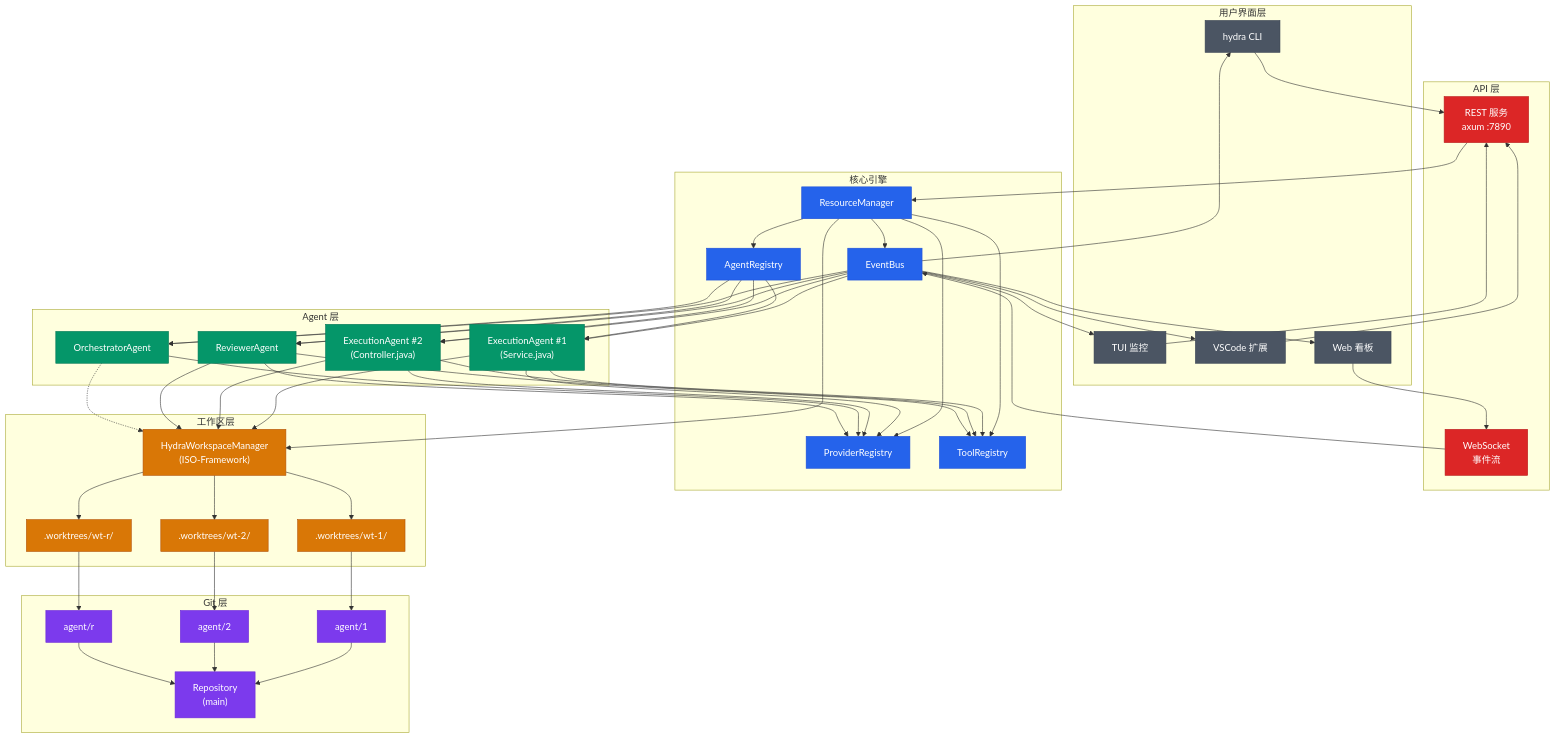
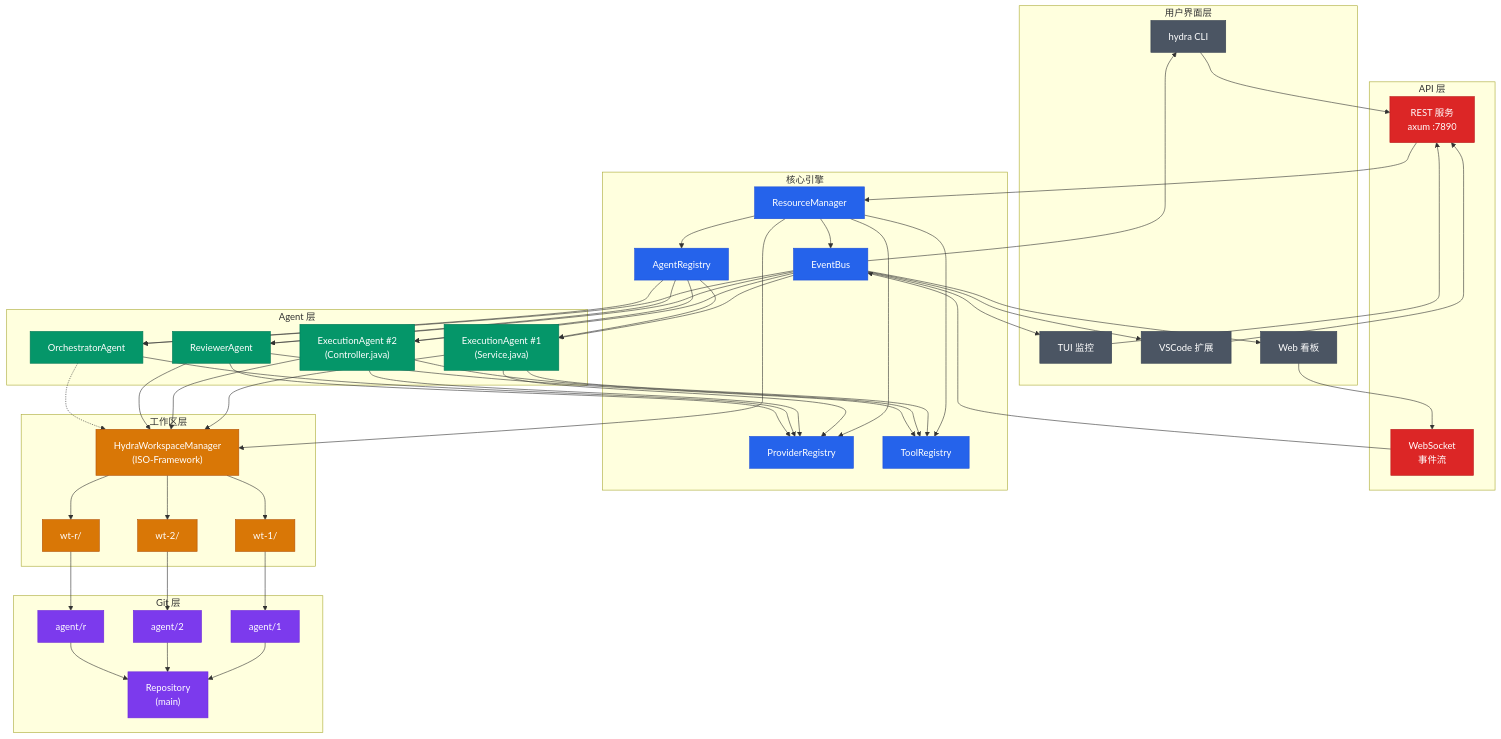
Before and after one commit to lggyx/Hydra: the first of 7 diagrams in docs/architecture/diagrams.zh.md, drawn with Mermaid. The commit also changed 5 other files, not shown here.

First line of the commit message:
docs: fix architecture consistency across all docs

```diff
--- a/docs/architecture/diagrams.zh.md
+++ b/docs/architecture/diagrams.zh.md
@@ -37,9 +37,9 @@
 
     subgraph "工作区层"
         ISO["HydraWorkspaceManager<br/>(ISO-Framework)"]
-        WT1[".worktrees/wt-1/"]
-        WT2[".worktrees/wt-2/"]
-        WTR[".worktrees/wt-r/"]
+    WT1["wt-1/"]
+    WT2["wt-2/"]
+    WTR["wt-r/"]
     end
 
     subgraph "Git 层"
```
